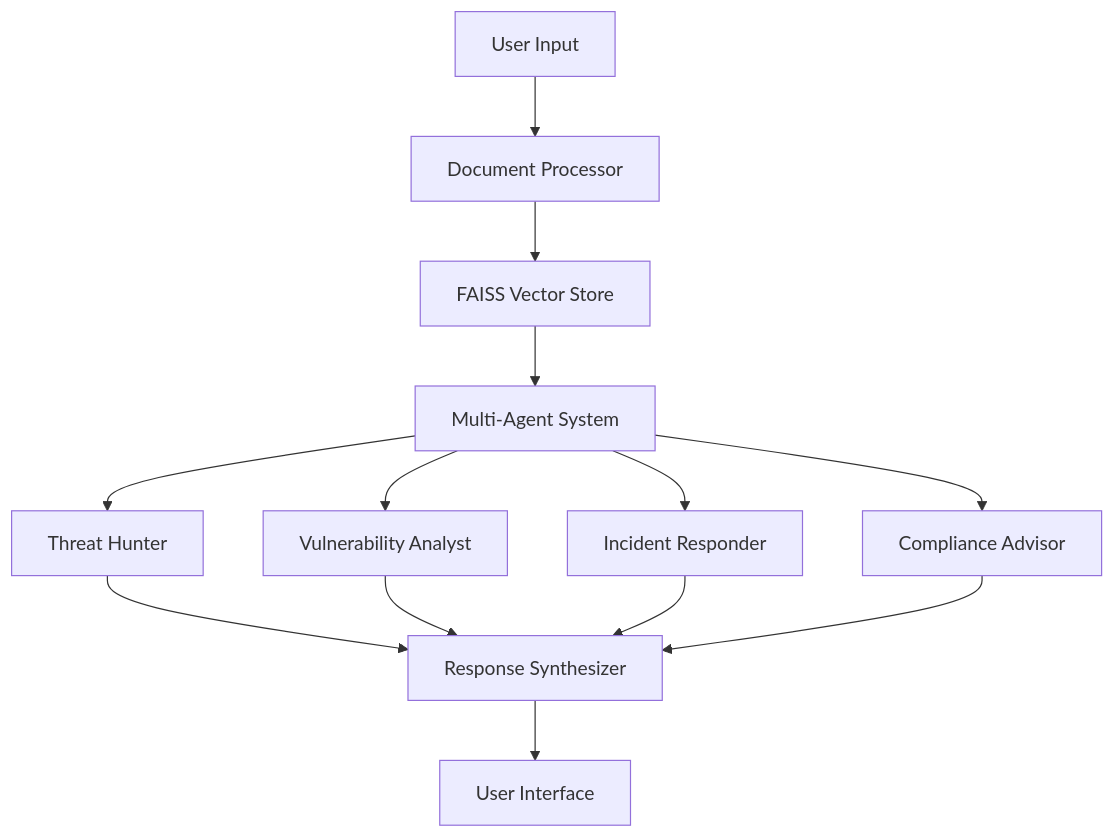
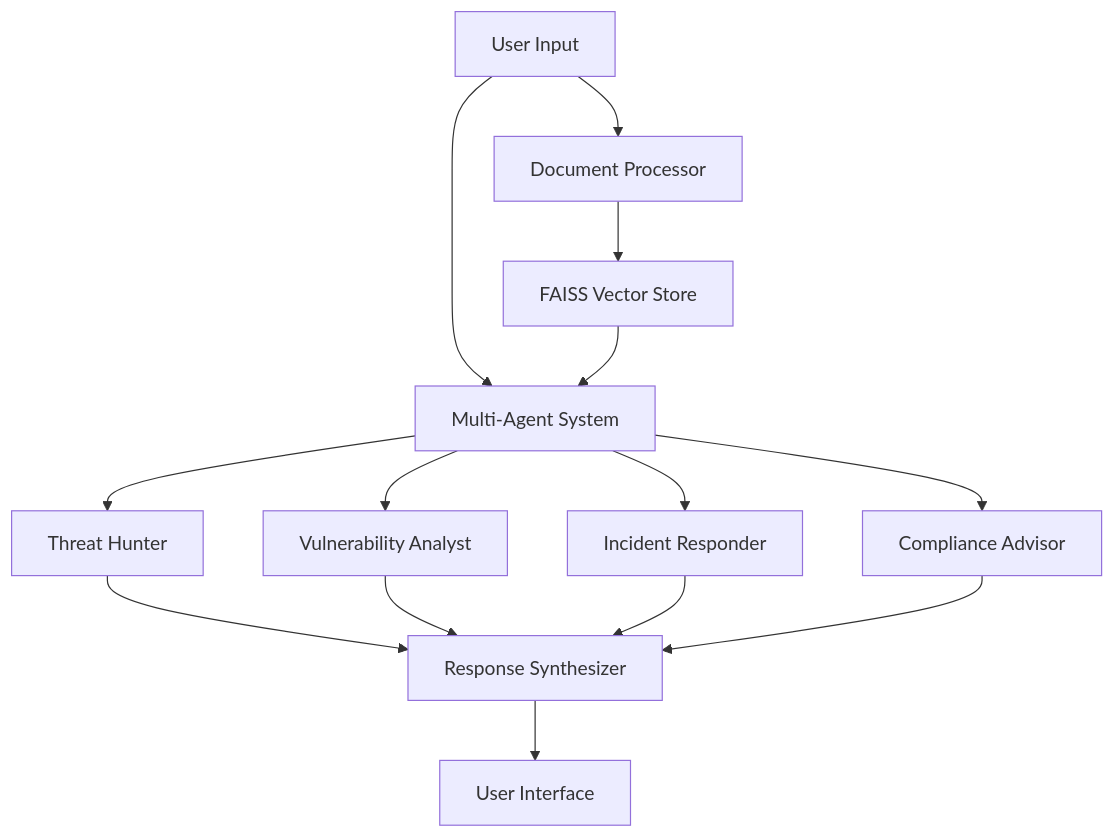
One commit to harshbhaskerwar28/Cyber-BoT changed the diagram in README.md. Above: the diagram before and after it, drawn with Mermaid.

````diff
--- a/README.md
+++ b/README.md
@@ -62,12 +62,13 @@
 ```mermaid
 graph TD
     A[User Input] --> B[Document Processor]
+    A[User Input] --> D[Multi-Agent System]
     B --> C[FAISS Vector Store]
     C --> D[Multi-Agent System]
     D --> E[Threat Hunter]
     D --> F[Vulnerability Analyst]
     D --> G[Incident Responder]
     D --> H[Compliance Advisor]
     E & F & G & H --> I[Response Synthesizer]
     I --> J[User Interface]
 ```
````
